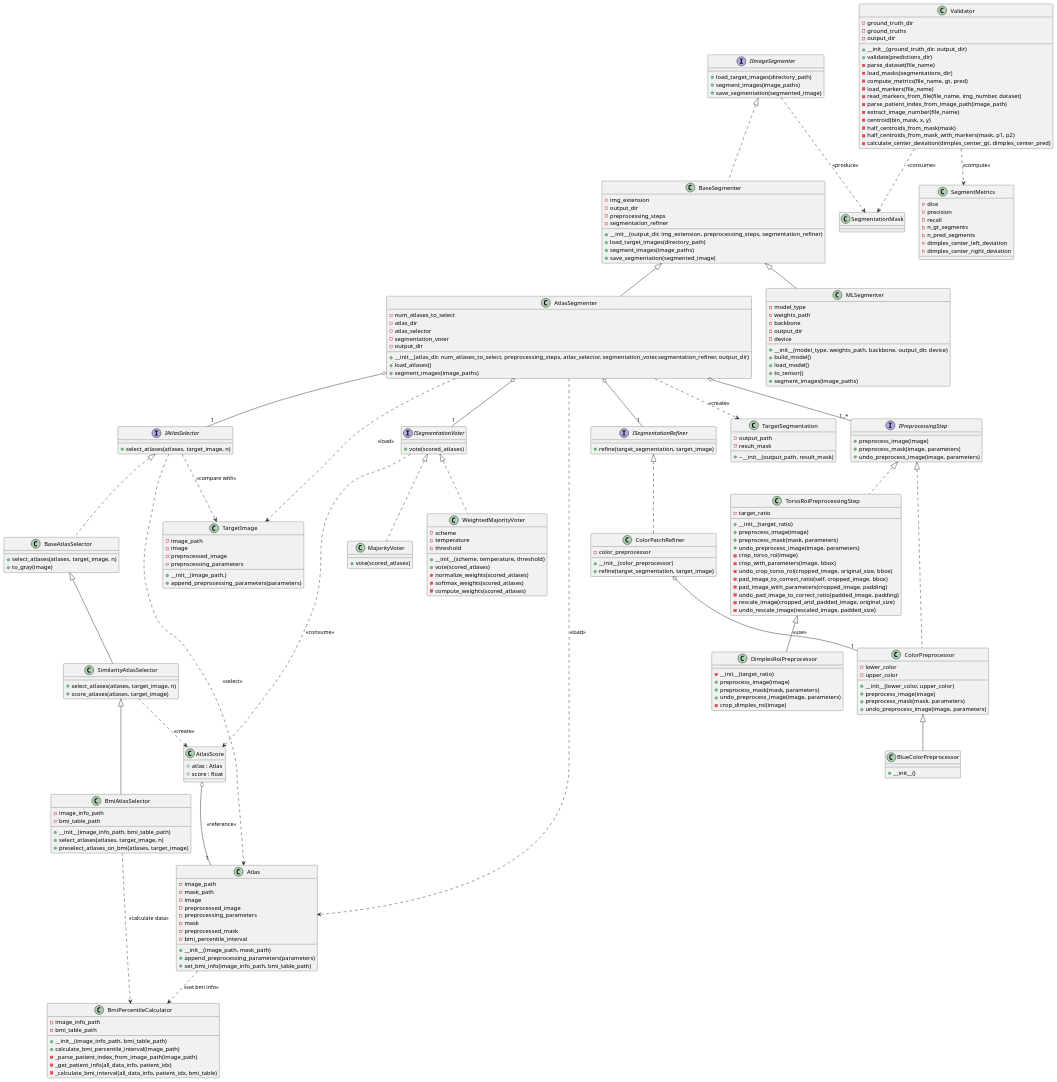
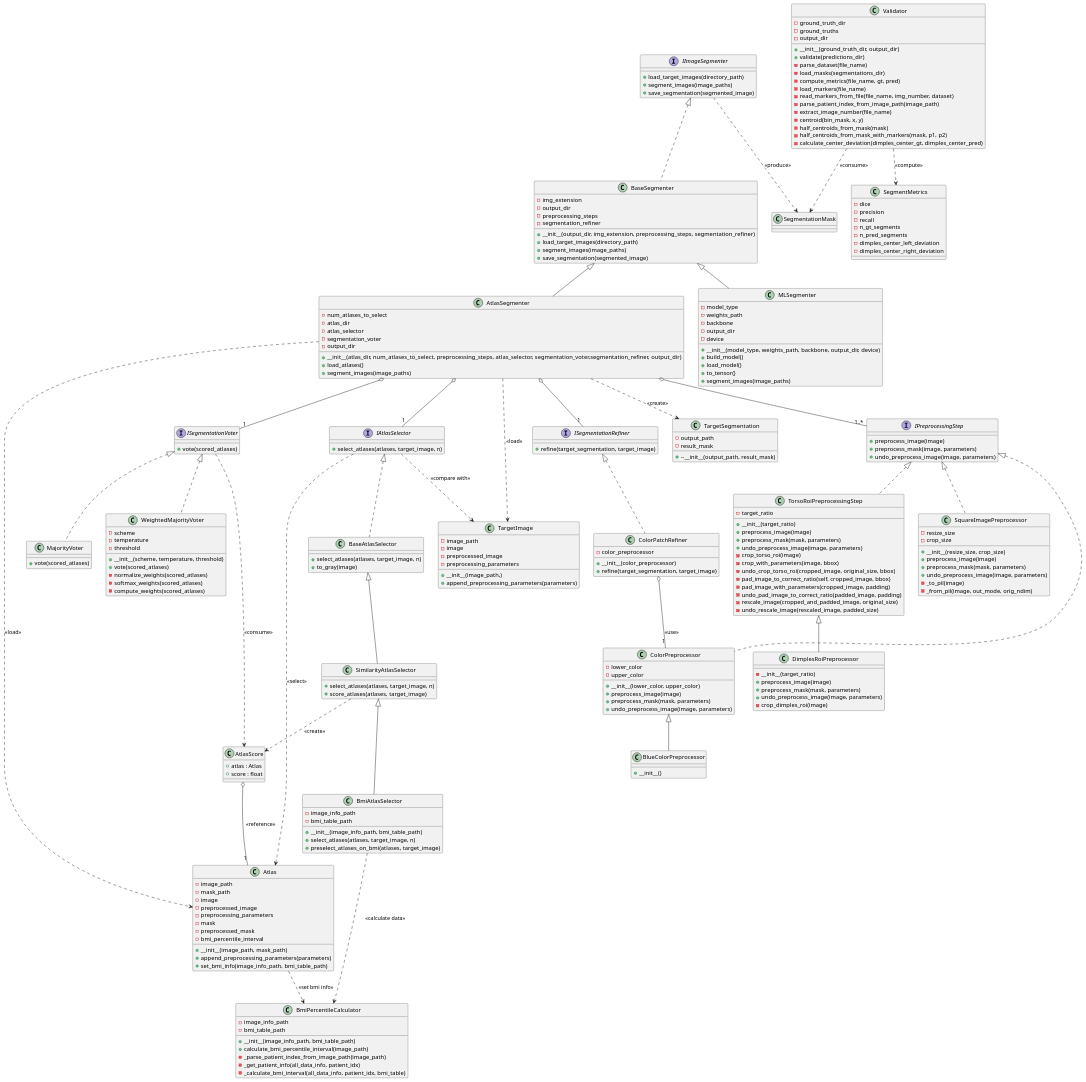
One commit to P4u14/diplomarbeit changed the diagram in class-diagram.puml. Above: the diagram before and after it, drawn with PlantUML. The commit also changed 5 other files, not shown here.

```diff
--- a/class-diagram.puml
+++ b/class-diagram.puml
@@ -96,6 +96,17 @@
 
 class BlueColorPreprocessor {
     + __init__()
+}
+
+class SquareImagePreprocessor {
+    - resize_size
+    - crop_size
+    + __init__(resize_size, crop_size)
+    + preprocess_image(image)
+    + preprocess_mask(mask, parameters)
+    + undo_preprocess_image(image, parameters)
+    - _to_pil(image)
+    - _from_pil(image, out_mode, orig_ndim)
 }
 
 interface IImageSegmenter {
@@ -238,6 +249,7 @@
 TorsoRoiPreprocessingStep <|-- DimplesRoiPreprocessor
 IPreprocessingStep <|.. ColorPreprocessor
 ColorPreprocessor <|-- BlueColorPreprocessor
+IPreprocessingStep <|.. SquareImagePreprocessor
 
 ISegmentationVoter <|.. MajorityVoter
 ISegmentationVoter <|.. WeightedMajorityVoter
```
